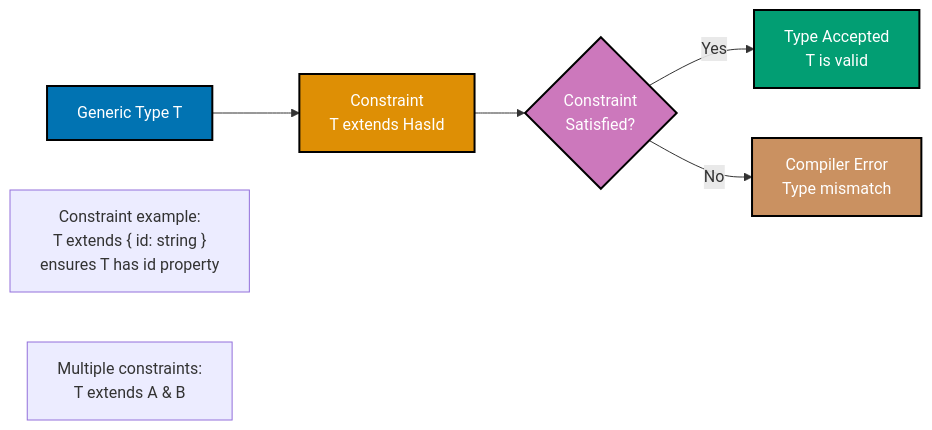
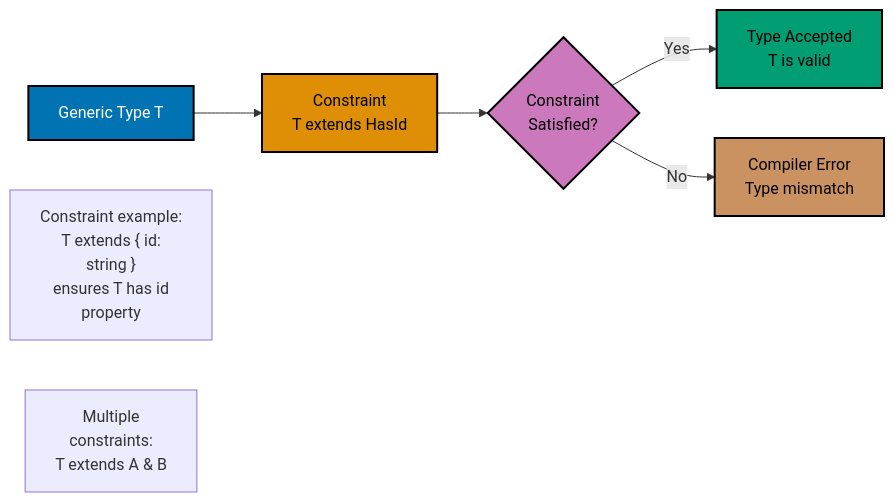
The second of 3 diagrams in docs/explanation/software-engineering/programming-languages/typescript/interfaces-and-types.md (wahidyankf/ose-public), drawn with Mermaid before and after one commit. The commit also changed other lines of this file and 57 other files, not shown here.

First line of the commit message:
docs(diagrams): make docs diagrams accessible

````diff
--- a/docs/explanation/software-engineering/programming-languages/typescript/interfaces-and-types.md
+++ b/docs/explanation/software-engineering/programming-languages/typescript/interfaces-and-types.md
@@ -154,23 +156,25 @@
 ```mermaid
 %% Color Palette: Blue #0173B2, Orange #DE8F05, Teal #029E73, Purple #CC78BC, Brown #CA9161
 graph LR
+    accTitle: Generic Type Constraints Flow
+    accDescr: Generic Type T leads to Constraint T extends HasId; Constraint T extends HasId leads to Constraint Satisfied?; Constraint Satisfied? leads to Type Accepted T is valid via Yes; and 1 more links.
     Generic["Generic Type T"]:::blue
     Constraint["Constraint<br/>T extends HasId"]:::orange
     Satisfied{"Constraint<br/>Satisfied?"}:::purple
     Accept["Type Accepted<br/>T is valid"]:::teal
     Reject["Compiler Error<br/>Type mismatch"]:::brown
 
     Generic --> Constraint
     Constraint --> Satisfied
     Satisfied -->|Yes| Accept
     Satisfied -->|No| Reject
 
-    Note1["Constraint example:<br/>T extends { id: string }<br/>ensures T has id property"]
-    Note2["Multiple constraints:<br/>T extends A & B"]
+    Note1["Constraint example:<br/>T extends { id:<br/>string }<br/>ensures T has id<br/>property"]
+    Note2["Multiple<br/>constraints:<br/>T extends A & B"]
 
     classDef blue fill:#0173B2,stroke:#000000,color:#FFFFFF,stroke-width:2px
-    classDef orange fill:#DE8F05,stroke:#000000,color:#FFFFFF,stroke-width:2px
-    classDef teal fill:#029E73,stroke:#000000,color:#FFFFFF,stroke-width:2px
-    classDef purple fill:#CC78BC,stroke:#000000,color:#FFFFFF,stroke-width:2px
-    classDef brown fill:#CA9161,stroke:#000000,color:#FFFFFF,stroke-width:2px
+    classDef orange fill:#DE8F05,stroke:#000000,color:#000000,stroke-width:2px
+    classDef teal fill:#029E73,stroke:#000000,color:#000000,stroke-width:2px
+    classDef purple fill:#CC78BC,stroke:#000000,color:#000000,stroke-width:2px
+    classDef brown fill:#CA9161,stroke:#000000,color:#000000,stroke-width:2px
 ```
````
